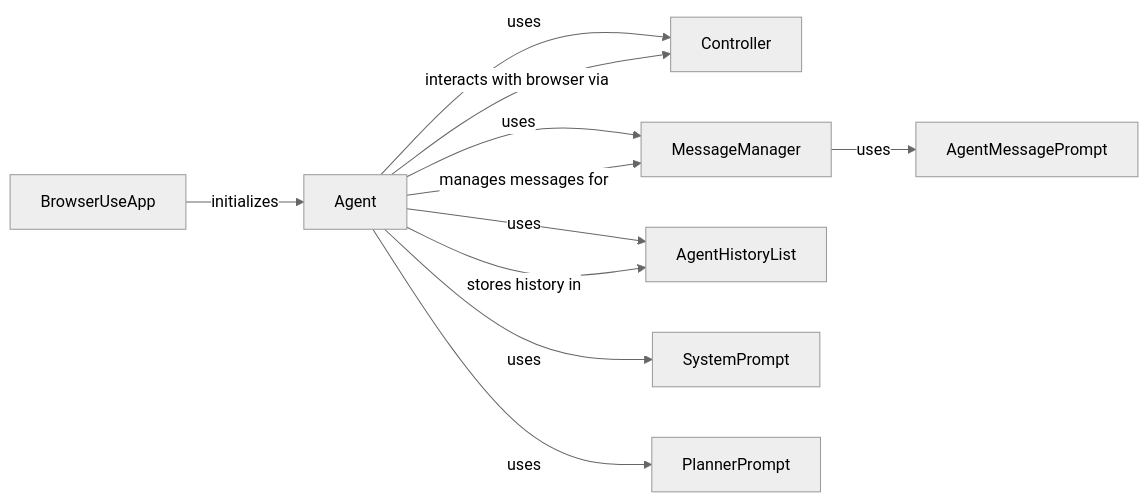
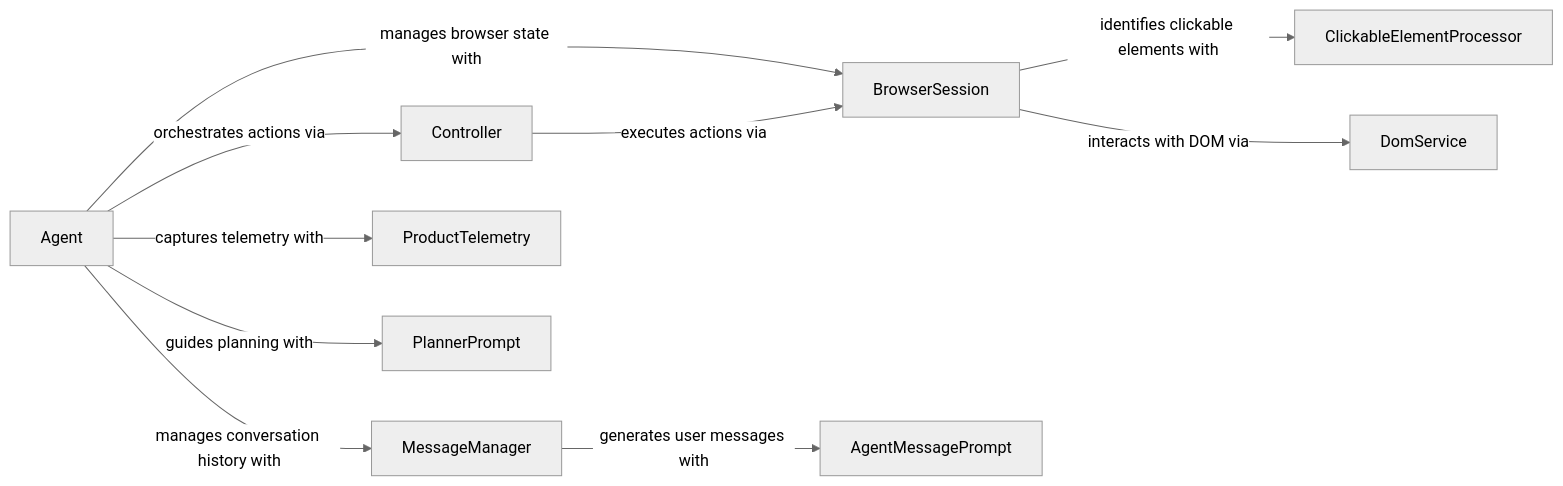
The diagram in browser-use/Agent Orchestration & Planning.md (CodeBoarding/GeneratedOnBoardings), drawn with Mermaid (neutral theme) before and after one commit. The commit also changed other lines of this file and 11 other files, not shown here.

````diff
--- a/browser-use/Agent Orchestration & Planning.md
+++ b/browser-use/Agent Orchestration & Planning.md
@@ -1,29 +1,30 @@
 ```mermaid
 graph LR
-    BrowserUseApp["BrowserUseApp"]
     Agent["Agent"]
     Controller["Controller"]
     MessageManager["MessageManager"]
-    AgentHistoryList["AgentHistoryList"]
-    SystemPrompt["SystemPrompt"]
+    BrowserSession["BrowserSession"]
+    ProductTelemetry["ProductTelemetry"]
     AgentMessagePrompt["AgentMessagePrompt"]
     PlannerPrompt["PlannerPrompt"]
-    BrowserUseApp -- "initializes" --> Agent
-    Agent -- "uses" --> Controller
-    Agent -- "uses" --> MessageManager
-    Agent -- "uses" --> SystemPrompt
-    Agent -- "uses" --> AgentHistoryList
-    Agent -- "interacts with browser via" --> Controller
-    Agent -- "manages messages for" --> MessageManager
-    Agent -- "stores history in" --> AgentHistoryList
-    MessageManager -- "uses" --> AgentMessagePrompt
-    Agent -- "uses" --> PlannerPrompt
-    click BrowserUseApp href "https://github.com/CodeBoarding/GeneratedOnBoardings/blob/main/browser-use/BrowserUseApp.md" "Details"
+    ClickableElementProcessor["ClickableElementProcessor"]
+    DomService["DomService"]
+    Agent -- "orchestrates actions via" --> Controller
+    Agent -- "manages conversation history with" --> MessageManager
+    Agent -- "manages browser state with" --> BrowserSession
+    Agent -- "captures telemetry with" --> ProductTelemetry
+    Controller -- "executes actions via" --> BrowserSession
+    MessageManager -- "generates user messages with" --> AgentMessagePrompt
+    Agent -- "guides planning with" --> PlannerPrompt
+    BrowserSession -- "identifies clickable elements with" --> ClickableElementProcessor
+    BrowserSession -- "interacts with DOM via" --> DomService
     click Agent href "https://github.com/CodeBoarding/GeneratedOnBoardings/blob/main/browser-use/Agent.md" "Details"
     click Controller href "https://github.com/CodeBoarding/GeneratedOnBoardings/blob/main/browser-use/Controller.md" "Details"
     click MessageManager href "https://github.com/CodeBoarding/GeneratedOnBoardings/blob/main/browser-use/MessageManager.md" "Details"
-    click AgentHistoryList href "https://github.com/CodeBoarding/GeneratedOnBoardings/blob/main/browser-use/AgentHistoryList.md" "Details"
-    click SystemPrompt href "https://github.com/CodeBoarding/GeneratedOnBoardings/blob/main/browser-use/SystemPrompt.md" "Details"
+    click BrowserSession href "https://github.com/CodeBoarding/GeneratedOnBoardings/blob/main/browser-use/BrowserSession.md" "Details"
+    click ProductTelemetry href "https://github.com/CodeBoarding/GeneratedOnBoardings/blob/main/browser-use/ProductTelemetry.md" "Details"
     click AgentMessagePrompt href "https://github.com/CodeBoarding/GeneratedOnBoardings/blob/main/browser-use/AgentMessagePrompt.md" "Details"
     click PlannerPrompt href "https://github.com/CodeBoarding/GeneratedOnBoardings/blob/main/browser-use/PlannerPrompt.md" "Details"
+    click ClickableElementProcessor href "https://github.com/CodeBoarding/GeneratedOnBoardings/blob/main/browser-use/ClickableElementProcessor.md" "Details"
+    click DomService href "https://github.com/CodeBoarding/GeneratedOnBoardings/blob/main/browser-use/DomService.md" "Details"
 ```
````
